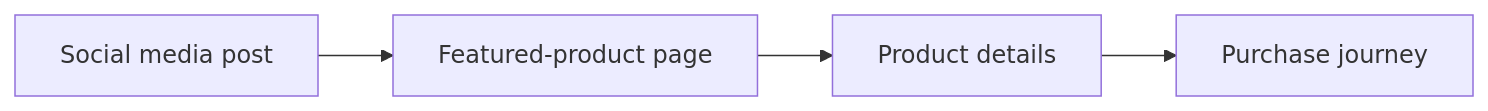
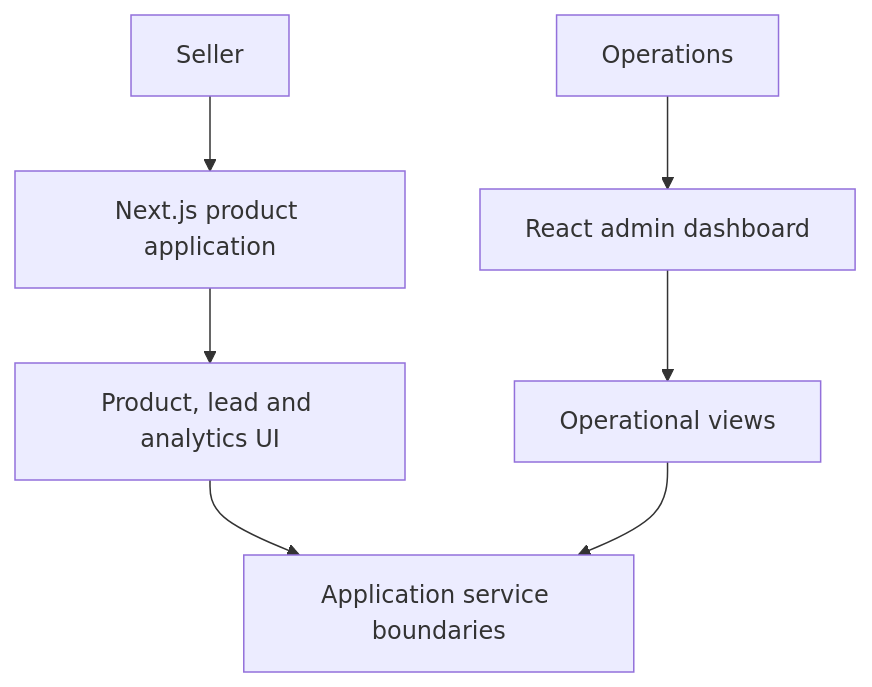
One commit to Abi0l9/Abi0l9 changed the third of 3 diagrams in portfolio/architecture/README.md. Above: the diagram before and after it, drawn with Mermaid. The commit also changed other lines of this file, not shown here.

Commit message:
docs(architecture): prioritize three flagship engineering system diagrams

````diff
--- a/portfolio/architecture/README.md
+++ b/portfolio/architecture/README.md
@@ -44,6 +44,9 @@
 ```mermaid
-flowchart LR
-  S["Social media post"] --> F["Featured-product page"]
-  F --> P["Product details"]
-  P --> O["Purchase journey"]
+flowchart TB
+  Seller["Seller"] --> Product["Next.js product application"]
+  Operator["Operations"] --> Dashboard["React admin dashboard"]
+  Product --> SellerData["Product, lead and analytics UI"]
+  Dashboard --> AdminData["Operational views"]
+  SellerData --> Boundary["Application service boundaries"]
+  AdminData --> Boundary
 ```
````
